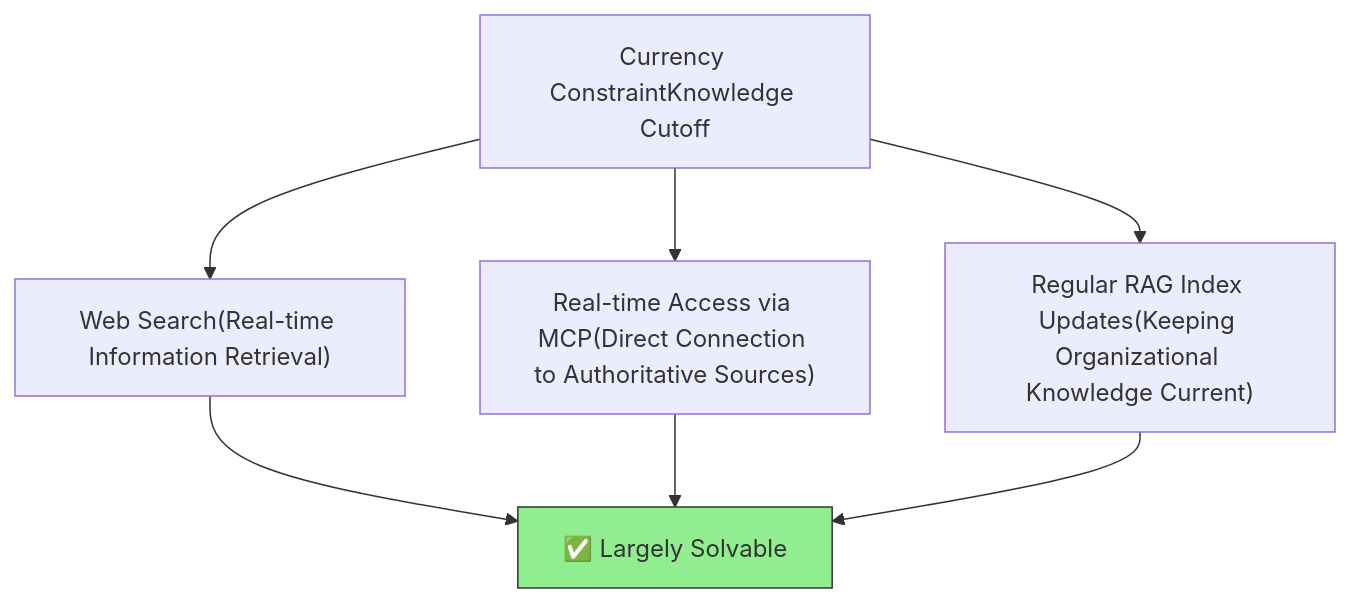
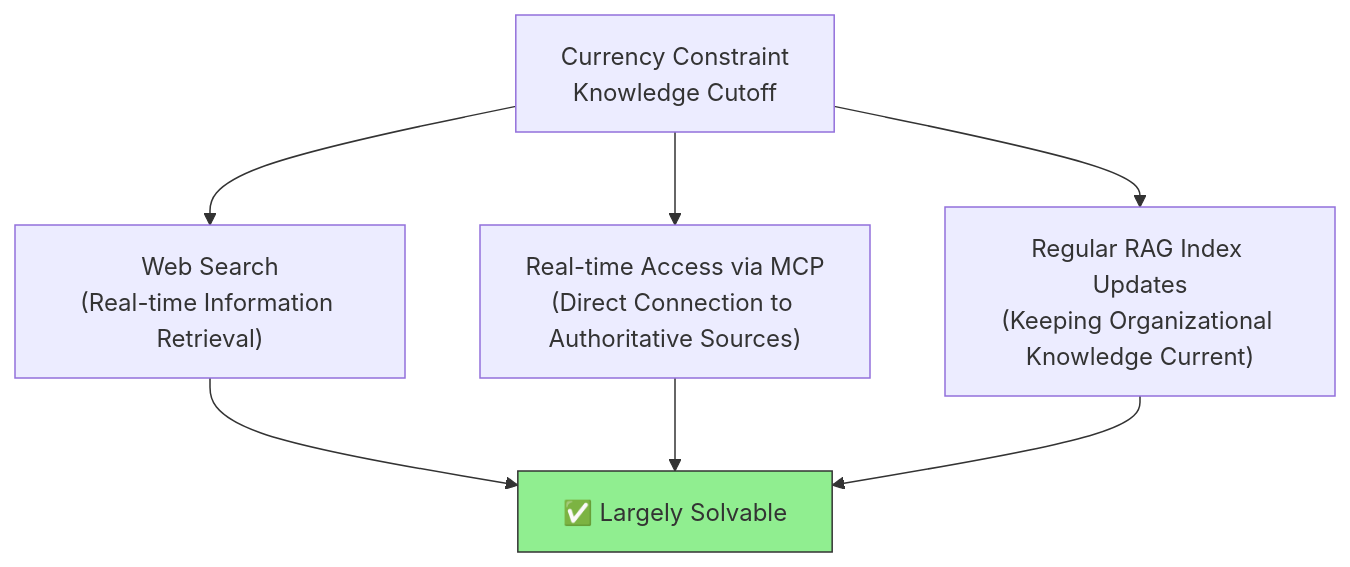
One commit to shuji-bonji/ai-agent-architecture changed the third of 10 diagrams in docs/concepts/05-solving-ai-limitations.md. Above: the diagram before and after it, drawn with Mermaid. The commit also changed other lines of this file and 8 other files, not shown here.

````diff
--- a/docs/concepts/05-solving-ai-limitations.md
+++ b/docs/concepts/05-solving-ai-limitations.md
@@ -71,14 +71,14 @@
 ```mermaid
 flowchart TB
-    PROBLEM["Currency Constraint<bn>Knowledge Cutoff"]
+    PROBLEM["Currency Constraint<br>Knowledge Cutoff"]
 
-    PROBLEM --> WEB["Web Search<bn>(Real-time Information Retrieval)"]
-    PROBLEM --> MCP_RT["Real-time Access via MCP<bn>(Direct Connection to Authoritative Sources)"]
-    PROBLEM --> RAG_UP["Regular RAG Index Updates<bn>(Keeping Organizational Knowledge Current)"]
+    PROBLEM --> WEB["Web Search<br>(Real-time Information Retrieval)"]
+    PROBLEM --> MCP_RT["Real-time Access via MCP<br>(Direct Connection to Authoritative Sources)"]
+    PROBLEM --> RAG_UP["Regular RAG Index Updates<br>(Keeping Organizational Knowledge Current)"]
 
     WEB --> EVAL["✅ Largely Solvable"]
     MCP_RT --> EVAL
     RAG_UP --> EVAL
 
     style EVAL fill:#90EE90,color:#333,stroke:#333
 ```
````
